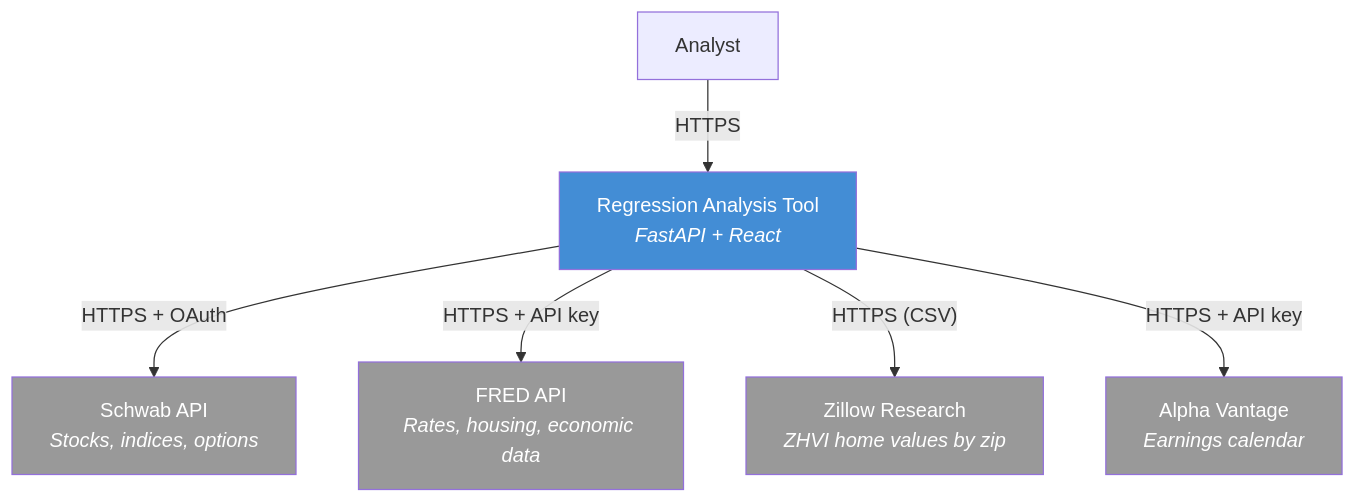
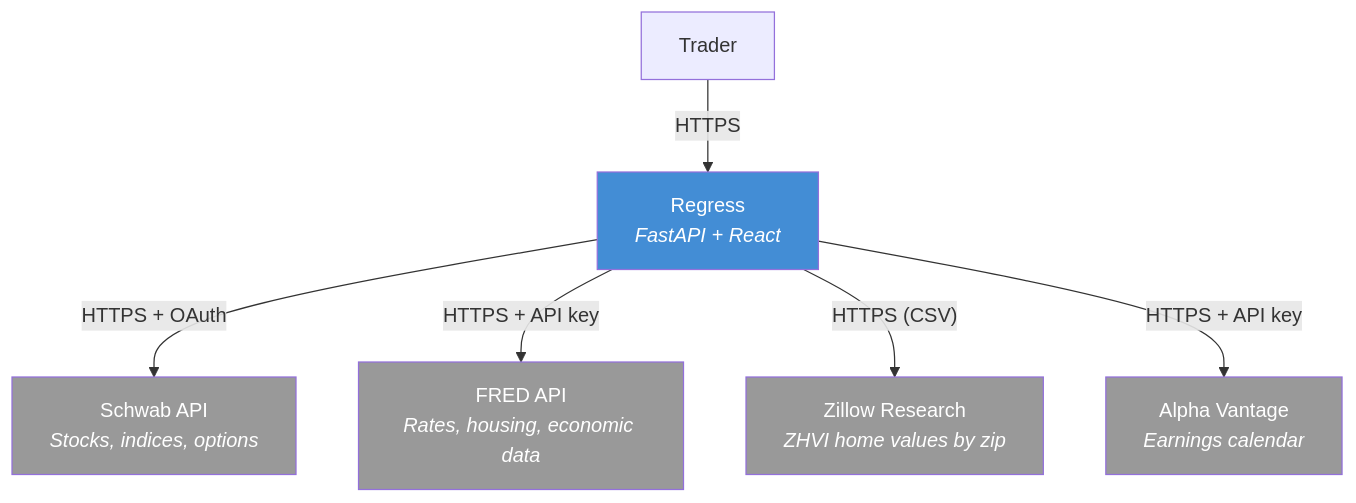
The first of 4 diagrams in README.md (ssandy33/regress), drawn with Mermaid before and after one commit. The commit also changed other lines of this file, not shown here.

First line of the commit message:
docs(readme): reposition Regress as wheel-strategy trading cockpit

````diff
--- a/README.md
+++ b/README.md
@@ -97,21 +99,21 @@
 ```mermaid
 graph TB
-    User["Analyst"]
-    App["Regression Analysis Tool<br/><i>FastAPI + React</i>"]
+    User["Trader"]
+    App["Regress<br/><i>FastAPI + React</i>"]
     Schwab["Schwab API<br/><i>Stocks, indices, options</i>"]
     FRED["FRED API<br/><i>Rates, housing, economic data</i>"]
     Zillow["Zillow Research<br/><i>ZHVI home values by zip</i>"]
     AV["Alpha Vantage<br/><i>Earnings calendar</i>"]
 
     User -->|"HTTPS"| App
     App -->|"HTTPS + OAuth"| Schwab
     App -->|"HTTPS + API key"| FRED
     App -->|"HTTPS (CSV)"| Zillow
     App -->|"HTTPS + API key"| AV
 
     style App fill:#438DD5,color:#fff
     style Schwab fill:#999,color:#fff
     style AV fill:#999,color:#fff
     style FRED fill:#999,color:#fff
     style Zillow fill:#999,color:#fff
 ```
````
